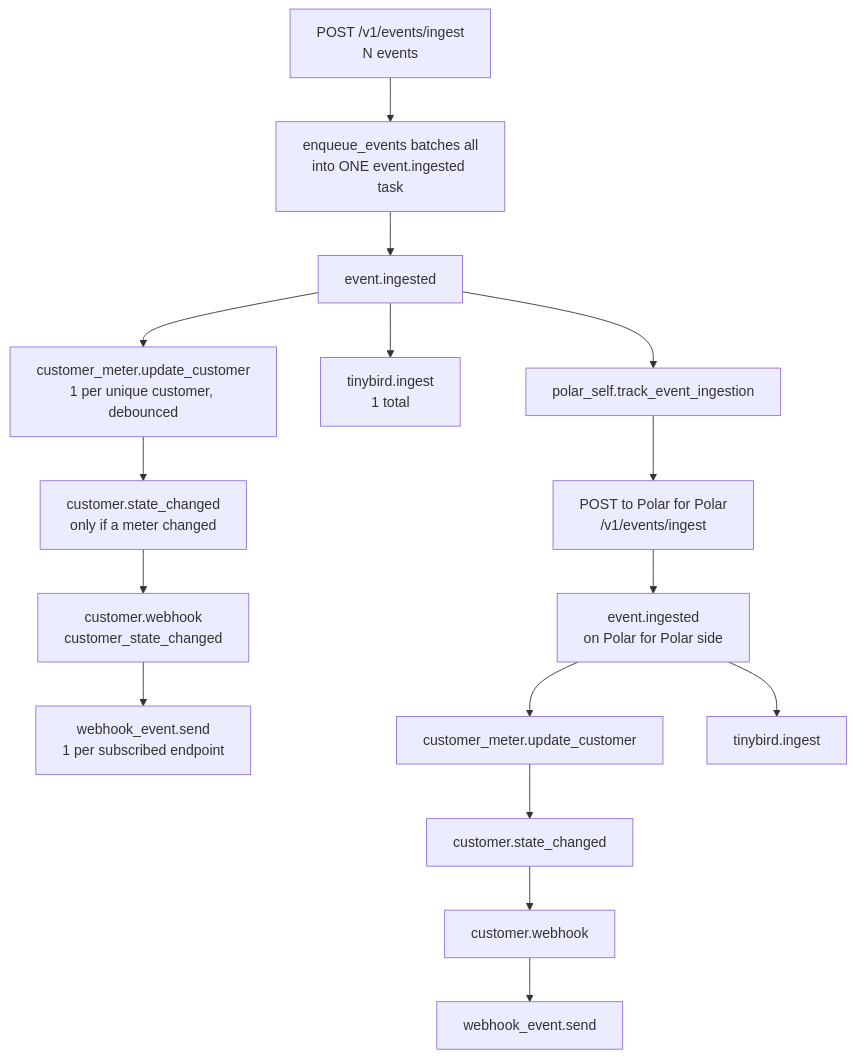
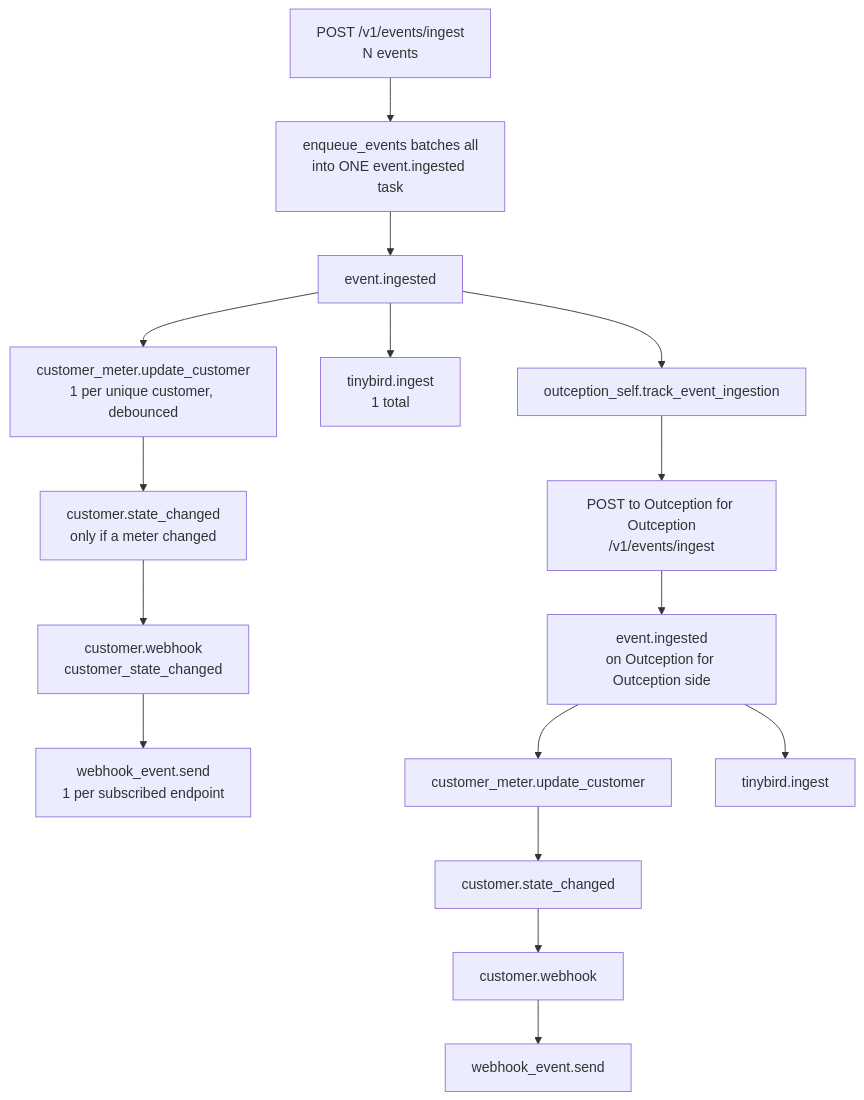
The second of 3 diagrams in handbook/engineering/design-documents/outception-for-outception.mdx (outception/outception), drawn with Mermaid before and after one commit. The commit also changed other lines of this file and 12 other files, not shown here.

````diff
--- a/handbook/engineering/design-documents/outception-for-outception.mdx
+++ b/handbook/engineering/design-documents/outception-for-outception.mdx
@@ -196,21 +196,21 @@
 ```mermaid
 flowchart TD
       A[POST /v1/events/ingest<br/>N events] --> B[enqueue_events batches all<br/>into ONE event.ingested task]
       B --> C[event.ingested]
 
       C --> D[customer_meter.update_customer<br/>1 per unique customer, debounced]
       C --> E[tinybird.ingest<br/>1 total]
-      C --> F[polar_self.track_event_ingestion]
+      C --> F[outception_self.track_event_ingestion]
 
       D --> G[customer.state_changed<br/>only if a meter changed]
       G --> H[customer.webhook<br/>customer_state_changed]
       H --> I[webhook_event.send<br/>1 per subscribed endpoint]
 
-      F --> J[POST to Polar for Polar<br/>/v1/events/ingest]
-      J --> K[event.ingested<br/>on Polar for Polar side]
+      F --> J[POST to Outception for Outception<br/>/v1/events/ingest]
+      J --> K[event.ingested<br/>on Outception for Outception side]
       K --> L[customer_meter.update_customer]
       K --> M[tinybird.ingest]
       L --> N[customer.state_changed]
       N --> O[customer.webhook]
       O --> P[webhook_event.send]
 ```
````
